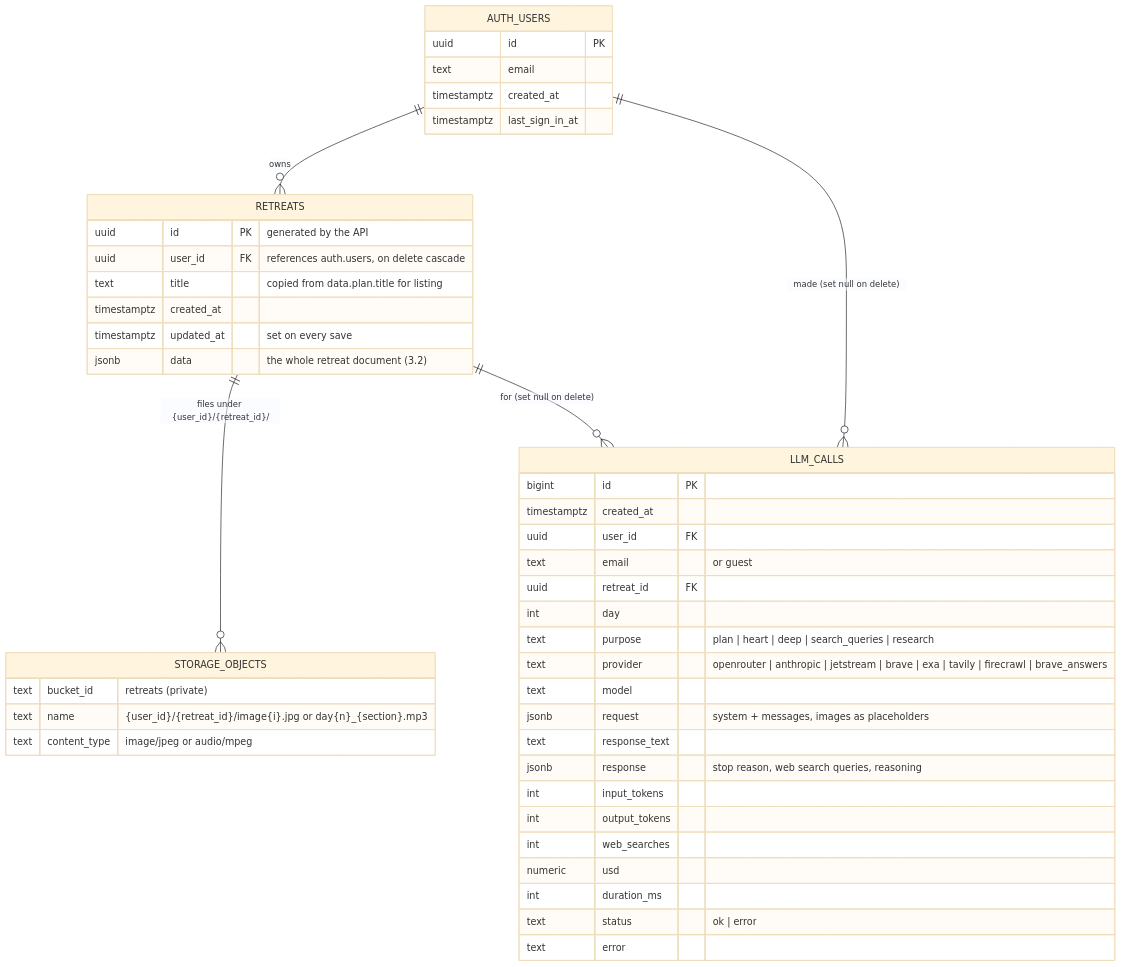
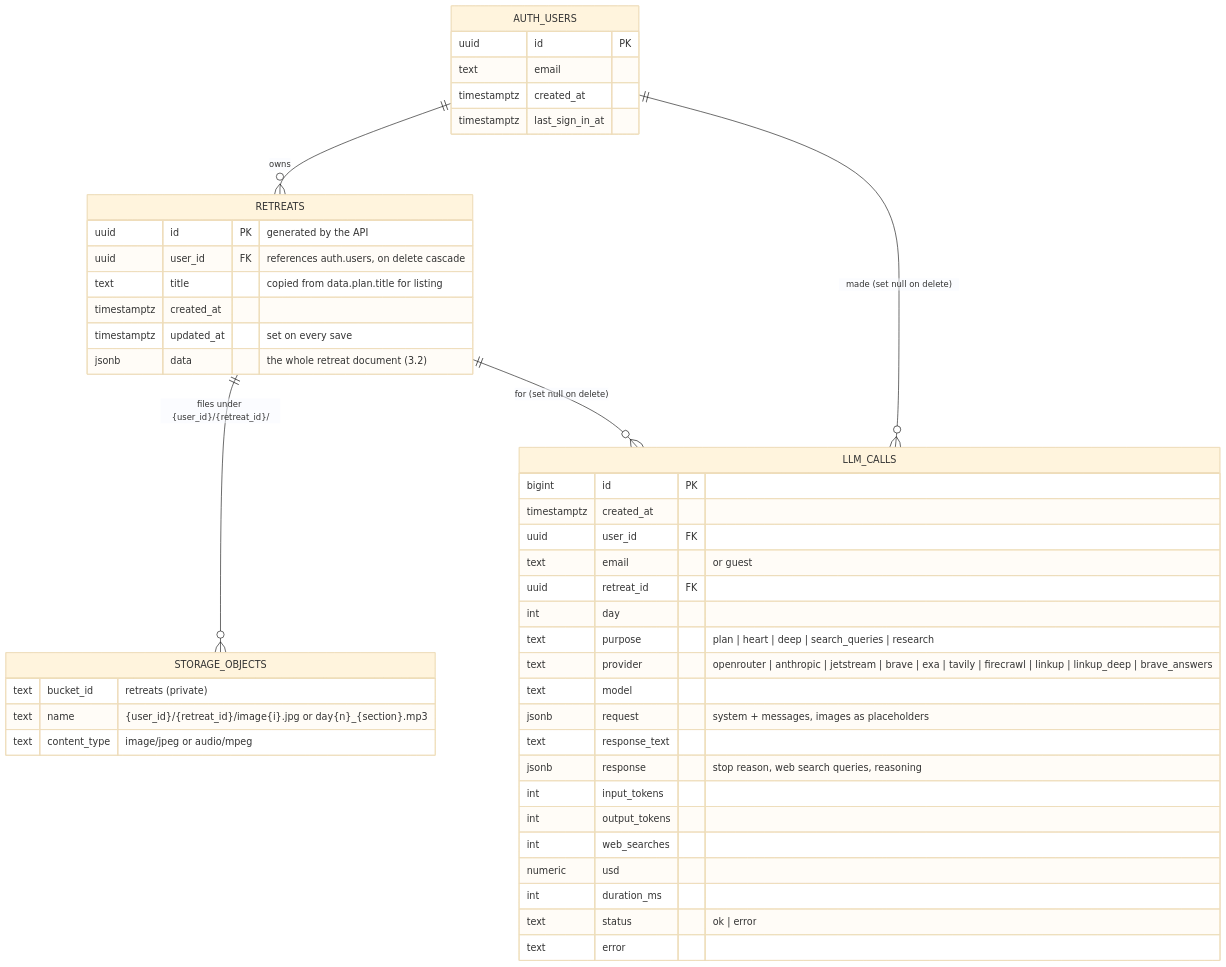
One commit to bcollier/ignatius-hw4-api changed the fourth of 20 diagrams in docs/ARCHITECTURE.md. Above: the diagram before and after it, drawn with Mermaid (base theme). The commit also changed other lines of this file and 7 other files, not shown here.

First line of the commit message:
Linkup search and deep research, pausing together when the account runs out of credits

````diff
--- a/docs/ARCHITECTURE.md
+++ b/docs/ARCHITECTURE.md
@@ -138,48 +138,48 @@
 ```mermaid
 erDiagram
     AUTH_USERS ||--o{ RETREATS : owns
     RETREATS ||--o{ STORAGE_OBJECTS : "files under {user_id}/{retreat_id}/"
     AUTH_USERS ||--o{ LLM_CALLS : "made (set null on delete)"
     RETREATS ||--o{ LLM_CALLS : "for (set null on delete)"
 
     AUTH_USERS {
         uuid id PK
         text email
         timestamptz created_at
         timestamptz last_sign_in_at
     }
     RETREATS {
         uuid id PK "generated by the API"
         uuid user_id FK "references auth.users, on delete cascade"
         text title "copied from data.plan.title for listing"
         timestamptz created_at
         timestamptz updated_at "set on every save"
         jsonb data "the whole retreat document (3.2)"
     }
     LLM_CALLS {
         bigint id PK
         timestamptz created_at
         uuid user_id FK
         text email "or guest"
         uuid retreat_id FK
         int day
         text purpose "plan | heart | deep | search_queries | research"
-        text provider "openrouter | anthropic | jetstream | brave | exa | tavily | firecrawl | brave_answers"
+        text provider "openrouter | anthropic | jetstream | brave | exa | tavily | firecrawl | linkup | linkup_deep | brave_answers"
         text model
         jsonb request "system + messages, images as placeholders"
         text response_text
         jsonb response "stop reason, web search queries, reasoning"
         int input_tokens
         int output_tokens
         int web_searches
         numeric usd
         int duration_ms
         text status "ok | error"
         text error
     }
     STORAGE_OBJECTS {
         text bucket_id "retreats (private)"
         text name "{user_id}/{retreat_id}/image{i}.jpg or day{n}_{section}.mp3"
         text content_type "image/jpeg or audio/mpeg"
     }
 ```
````
